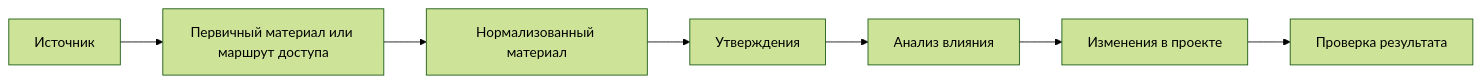
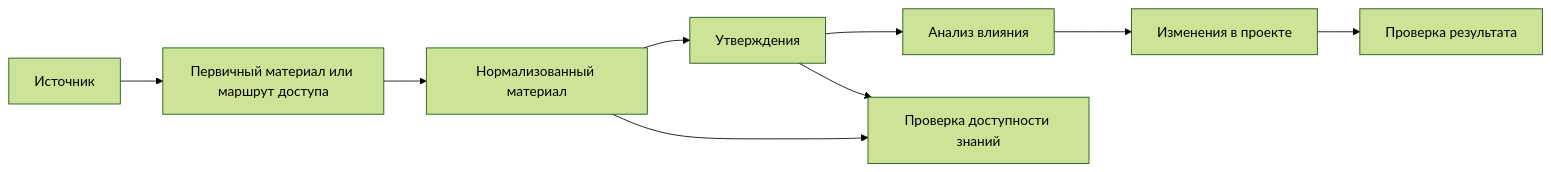
Before and after one commit to mekras/ai-dev-team: the diagram in docs/10-user-guide/01-overview.md, drawn with Mermaid (forest theme). The commit also changed other lines of this file and 18 other files, not shown here.

Commit message:
Добавлена проверка доступности знаний

````diff
--- a/docs/10-user-guide/01-overview.md
+++ b/docs/10-user-guide/01-overview.md
@@ -15,9 +15,11 @@
 ```mermaid
 flowchart LR
   source[Источник] --> primary[Первичный материал или маршрут доступа]
   primary --> normalized[Нормализованный материал]
   normalized --> statements[Утверждения]
   statements --> impact[Анализ влияния]
   impact --> changes[Изменения в проекте]
   changes --> validation[Проверка результата]
+  normalized --> retrieval[Проверка доступности знаний]
+  statements --> retrieval
 ```
````
